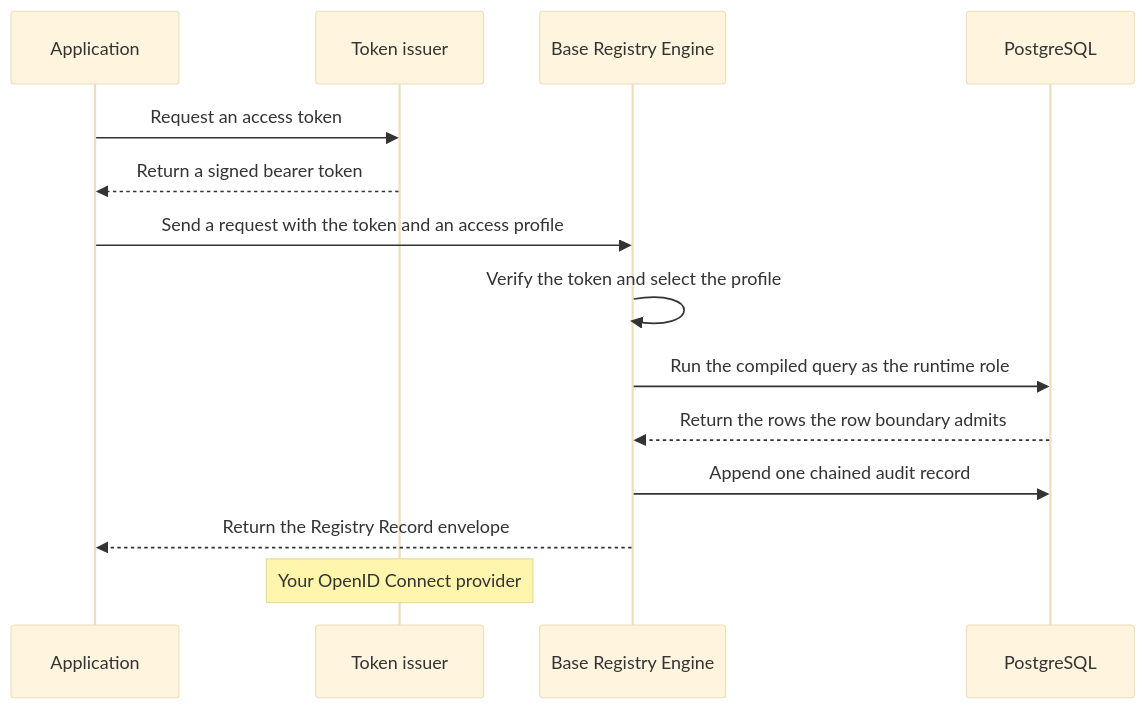
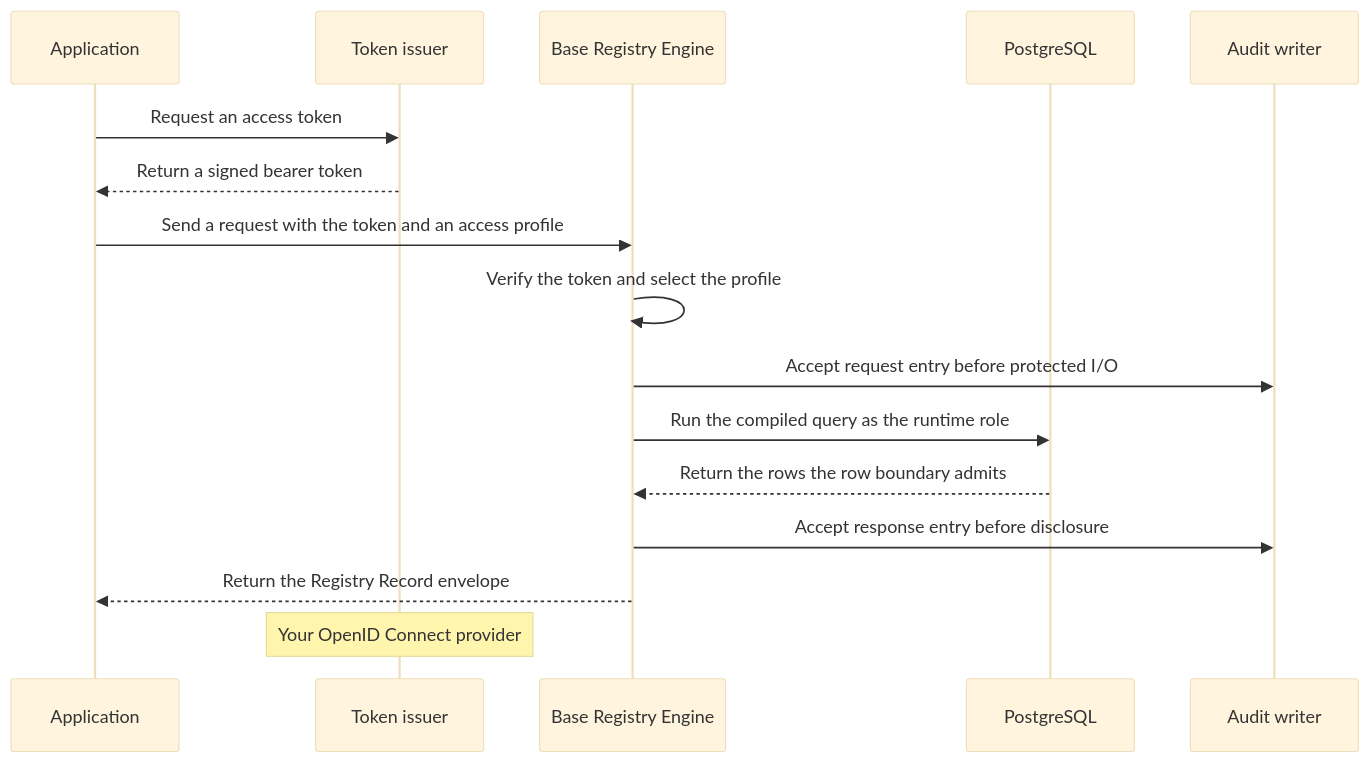
The diagram in docs/site/src/content/docs/start/breg-quickstart.mdx (registrystack/registry-stack), drawn with Mermaid (base theme) before and after one commit. The commit also changed other lines of this file and 22 other files, not shown here.

````diff
--- a/docs/site/src/content/docs/start/breg-quickstart.mdx
+++ b/docs/site/src/content/docs/start/breg-quickstart.mdx
@@ -29,17 +29,19 @@
 ```mermaid
 sequenceDiagram
     participant A as Application
     participant T as Token issuer
     participant B as Base Registry Engine
     participant P as PostgreSQL
+    participant L as Audit writer
 
     A->>T: Request an access token
     T-->>A: Return a signed bearer token
     A->>B: Send a request with the token and an access profile
     B->>B: Verify the token and select the profile
+    B->>L: Accept request entry before protected I/O
     B->>P: Run the compiled query as the runtime role
     P-->>B: Return the rows the row boundary admits
-    B->>P: Append one chained audit record
+    B->>L: Accept response entry before disclosure
     B-->>A: Return the Registry Record envelope
     Note over T: Your OpenID Connect provider
 ```
````
